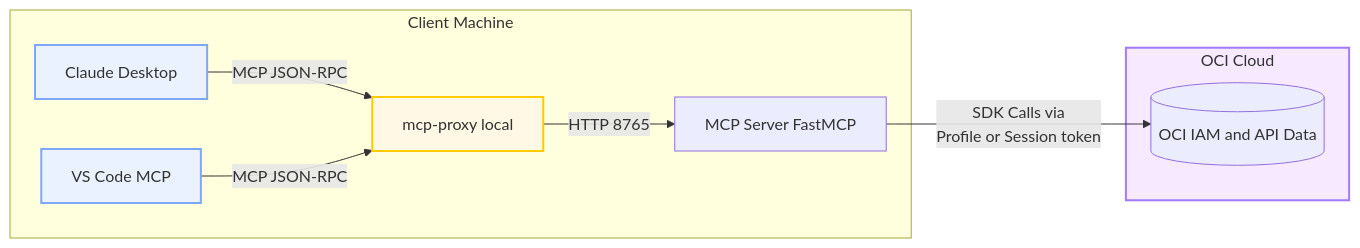
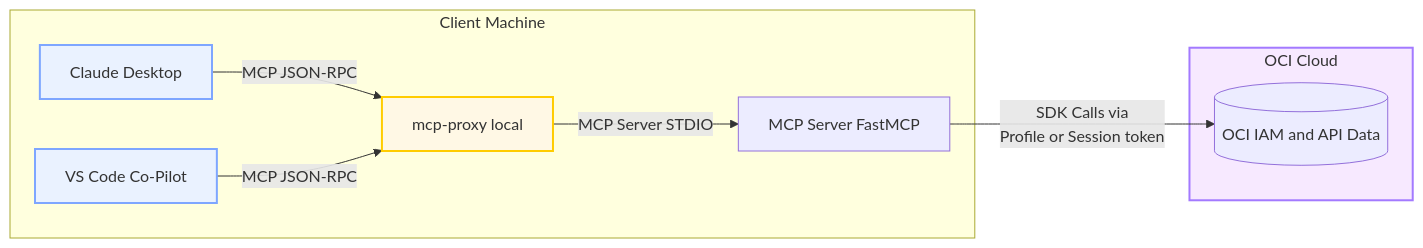
One commit to agregory999/oci-policy-analysis changed the first of 2 diagrams in README_MCP.md. Above: the diagram before and after it, drawn with Mermaid. The commit also changed other lines of this file and 3 other files, not shown here.

````diff
--- a/README_MCP.md
+++ b/README_MCP.md
@@ -73,24 +20,24 @@
 ```mermaid
 flowchart LR
     subgraph CLIENT["Client Machine"]
         C1[Claude Desktop]
-        C2[VS Code MCP]
+        C2[VS Code Co-Pilot]
         P1[mcp-proxy local]
         S1[MCP Server FastMCP]
     end
 
     subgraph OCI["OCI Cloud"]
         OCI-API[(OCI IAM and API Data)]
     end
 
     C1 -->|MCP JSON-RPC| P1
     C2 -->|MCP JSON-RPC| P1
-    P1 -->|HTTP 8765| S1
+    P1 -->|MCP Server STDIO| S1
     S1 -->|SDK Calls via<br/>Profile or Session token| OCI-API
 
     %% Styles
     style C1 fill:#eaf2ff,stroke:#7ea6ff,stroke-width:2px
     style C2 fill:#eaf2ff,stroke:#7ea6ff,stroke-width:2px
     style P1 fill:#fff8e5,stroke:#ffcc00,stroke-width:2px
     style OCI fill:#f7e9ff,stroke:#a37aff,stroke-width:2px
 ```
````
